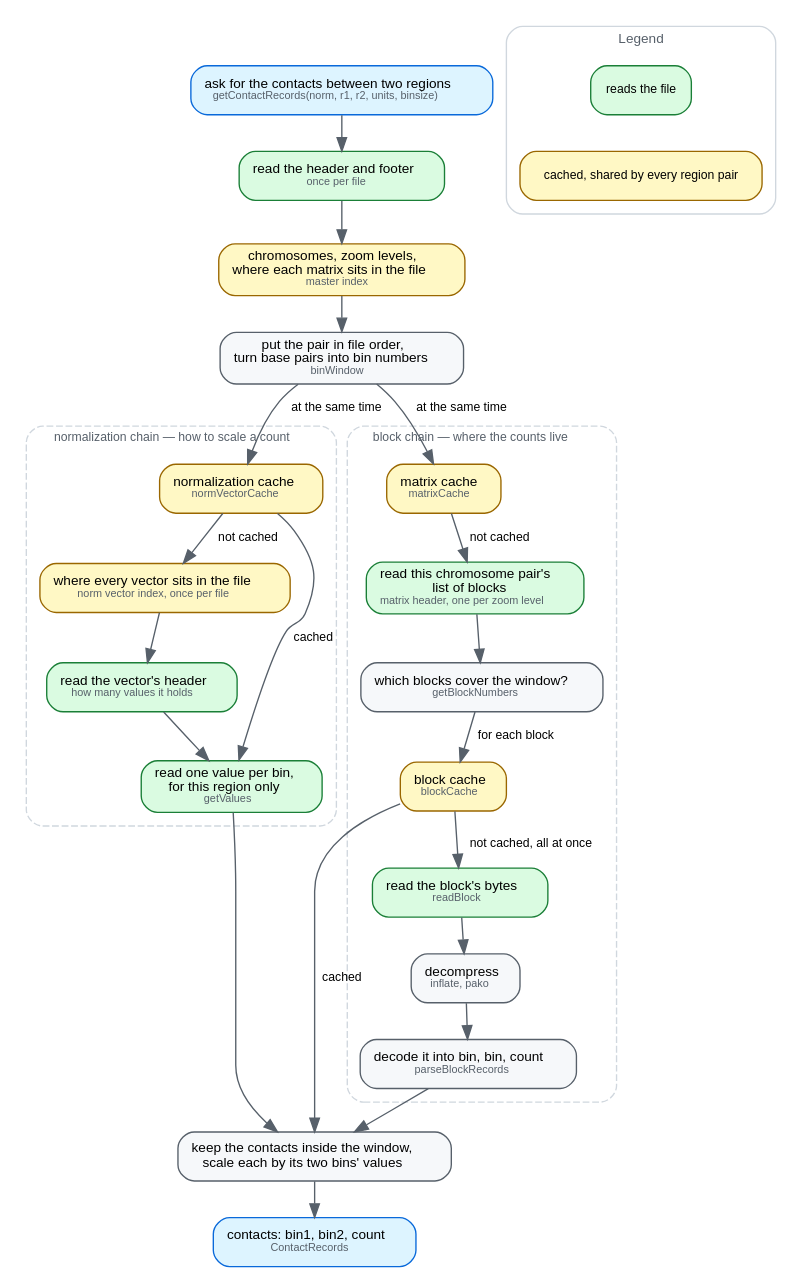
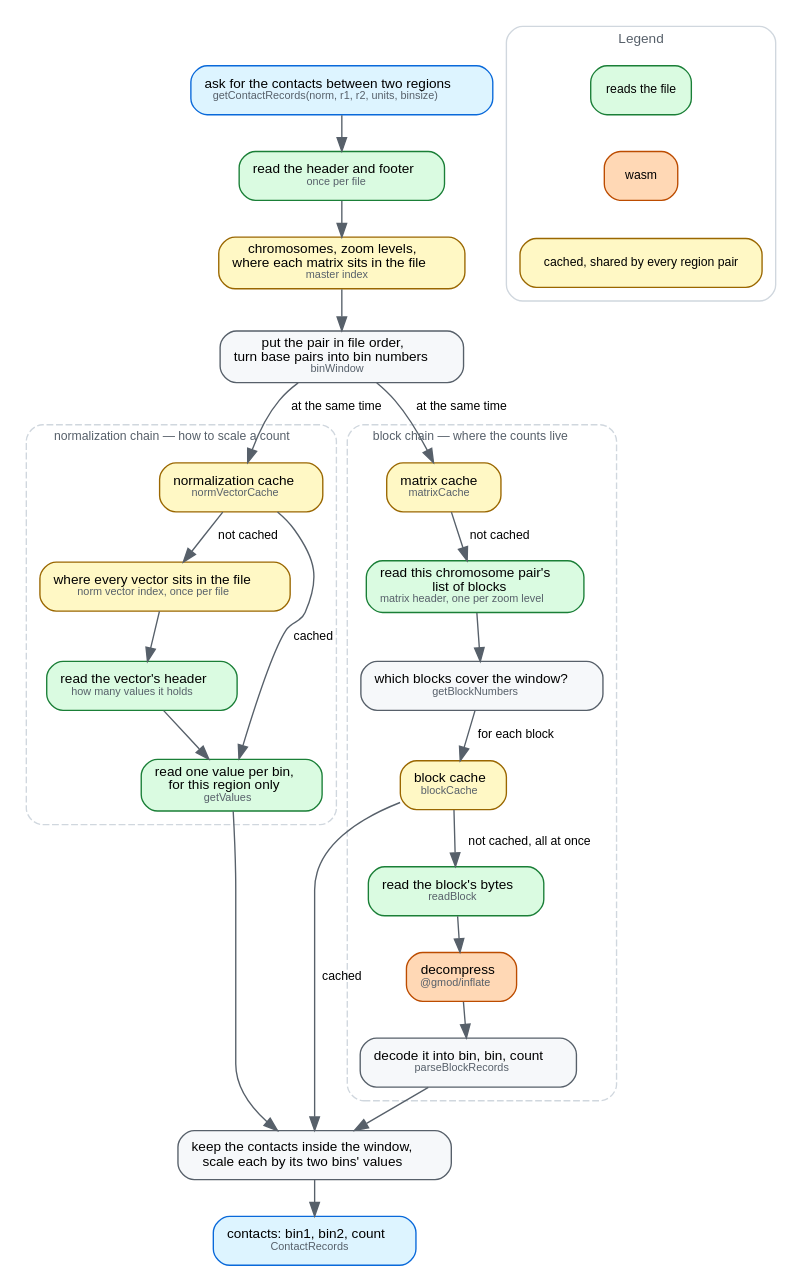
Before and after one commit to GMOD/hic: the diagram in docs/img/dataflow.dot, drawn with Graphviz. The commit also changed 7 other files, not shown here.

First line of the commit message:
feat: inflate blocks through @gmod/inflate instead of pako

```diff
--- a/docs/img/dataflow.dot
+++ b/docs/img/dataflow.dot
@@ -1,124 +1,125 @@
 // Source for docs/img/dataflow.svg, which docs/dataflow.md embeds.
 // Regenerate with: dot -Tsvg docs/img/dataflow.dot -o docs/img/dataflow.svg
 //
 // Deliberately the MAIN PATH only — the pre-v9 walk for the norm vector index,
 // the per-vector value cache and the block encodings are described in
 // dataflow.md instead. A diagram that shows every branch stops being the thing
 // you look at first.
 //
 // Every label says what the step DOES first and names the code second, in the
 // small grey line under it. The audience arriving at a dataflow picture is
 // usually meeting `.hic` vocabulary for the first time — matrix, block, vector —
 // and a spine of bare function names asks them to know the code before the
 // picture can teach them anything. dataflow.md defines those three words just
 // above the diagram.
 //
 // SYNC: ~/src/gmod/bam-js/docs/img/dataflow.dot — same palette and spine;
 // ~/src/gmod/tabix-js and ~/src/gmod/cram-js share them too. Three deliberate
 // divergences: the two-line labels above (the siblings label with the function
-// name alone), and two legend entries missing rather than restyled, because hic
-// has neither — no orange, since blocks inflate through pako in JS, and no
-// purple, since there is no worker pool. The clusters are what hic adds — cram
+// name alone), and one legend entry missing rather than restyled: no purple,
+// since there is no worker pool. The clusters are what hic adds — cram
 // also uses one, but for what moves to a worker; here they are the two chains a
 // pair runs concurrently, which is the shape of the read path.
 digraph hicjs {
   rankdir=TB
   newrank=true
   bgcolor="white"
   nodesep=0.3
   ranksep=0.36
   node [shape=box style="filled,rounded" fillcolor="#f6f8fa" color="#57606a"
         fontname="Helvetica" fontsize=10 margin="0.14,0.07"]
   edge [color="#57606a" fontname="Helvetica" fontsize=9]
 
   query [label=<ask for the contacts between two regions<br/><font point-size="8" color="#57606a">getContactRecords(norm, r1, r2, units, binsize)</font>>
          fillcolor="#ddf4ff" color="#0969da"]
   init  [label=<read the header and footer<br/><font point-size="8" color="#57606a">once per file</font>>
          fillcolor="#dafbe1" color="#1a7f37"]
   meta  [label=<chromosomes, zoom levels,<br/>where each matrix sits in the file<br/><font point-size="8" color="#57606a">master index</font>>
          fillcolor="#fff8c5" color="#9a6700"]
   win   [label=<put the pair in file order,<br/>turn base pairs into bin numbers<br/><font point-size="8" color="#57606a">binWindow</font>>]
 
   subgraph cluster_norm {
     label="normalization chain — how to scale a count"
     labeljust="l"
     fontname="Helvetica" fontsize=9 fontcolor="#57606a" color="#d0d7de"
     style="rounded,dashed"
     margin=10
 
     nvcache [label=<normalization cache<br/><font point-size="8" color="#57606a">normVectorCache</font>>
              fillcolor="#fff8c5" color="#9a6700"]
     nvidx   [label=<where every vector sits in the file<br/><font point-size="8" color="#57606a">norm vector index, once per file</font>>
              fillcolor="#fff8c5" color="#9a6700"]
     nvhdr   [label=<read the vector's header<br/><font point-size="8" color="#57606a">how many values it holds</font>>
              fillcolor="#dafbe1" color="#1a7f37"]
     nvvals  [label=<read one value per bin,<br/>for this region only<br/><font point-size="8" color="#57606a">getValues</font>>
              fillcolor="#dafbe1" color="#1a7f37"]
   }
 
   subgraph cluster_blocks {
     label="block chain — where the counts live"
     labeljust="l"
     fontname="Helvetica" fontsize=9 fontcolor="#57606a" color="#d0d7de"
     style="rounded,dashed"
     margin=10
 
     matcache [label=<matrix cache<br/><font point-size="8" color="#57606a">matrixCache</font>>
               fillcolor="#fff8c5" color="#9a6700"]
     mathdr   [label=<read this chromosome pair's<br/>list of blocks<br/><font point-size="8" color="#57606a">matrix header, one per zoom level</font>>
               fillcolor="#dafbe1" color="#1a7f37"]
     blknums  [label=<which blocks cover the window?<br/><font point-size="8" color="#57606a">getBlockNumbers</font>>]
     blkcache [label=<block cache<br/><font point-size="8" color="#57606a">blockCache</font>>
               fillcolor="#fff8c5" color="#9a6700"]
     readblk  [label=<read the block's bytes<br/><font point-size="8" color="#57606a">readBlock</font>>
               fillcolor="#dafbe1" color="#1a7f37"]
-    unzip    [label=<decompress<br/><font point-size="8" color="#57606a">inflate, pako</font>>]
+    unzip    [label=<decompress<br/><font point-size="8" color="#57606a">@gmod/inflate</font>>
+              fillcolor="#ffd8b5" color="#bc4c00"]
     parse    [label=<decode it into bin, bin, count<br/><font point-size="8" color="#57606a">parseBlockRecords</font>>]
   }
 
   filter [label=<keep the contacts inside the window,<br/>scale each by its two bins' values>]
   out    [label=<contacts: bin1, bin2, count<br/><font point-size="8" color="#57606a">ContactRecords</font>>
           fillcolor="#ddf4ff" color="#0969da"]
 
   query -> init
   init  -> meta
   meta  -> win
 
   win -> nvcache  [label=" at the same time "]
   win -> matcache [label=" at the same time "]
   { rank=same; nvcache; matcache }
 
   nvcache -> nvidx [label=" not cached "]
   nvidx   -> nvhdr
   nvhdr   -> nvvals
   nvvals  -> filter
   // A hit returns the vector, not its values, so it still asks for the slice
   // this region needs — the vector's own ±1000-value cache usually answers.
   nvcache -> nvvals [label=" cached "]
 
   matcache -> mathdr [label=" not cached "]
   mathdr   -> blknums
   blknums  -> blkcache [label=" for each block "]
   blkcache -> readblk [label=" not cached, all at once "]
   readblk  -> unzip
   unzip    -> parse
   parse    -> filter
   blkcache -> filter [label=" cached "]
 
   filter -> out
 
   subgraph cluster_legend {
     label="Legend"
     labelloc="t"
     fontname="Helvetica"
     fontsize=10
     fontcolor="#57606a"
     color="#d0d7de"
     style="rounded"
     margin=10
     node [shape=box style="filled,rounded" fontsize=9 margin="0.1,0.04"]
     l1 [label="reads the file" fillcolor="#dafbe1" color="#1a7f37"]
-    l2 [label="cached, shared by every region pair" fillcolor="#fff8c5" color="#9a6700"]
-    l1 -> l2 [style=invis]
+    l2 [label="wasm" fillcolor="#ffd8b5" color="#bc4c00"]
+    l3 [label="cached, shared by every region pair" fillcolor="#fff8c5" color="#9a6700"]
+    l1 -> l2 -> l3 [style=invis]
   }
 }
```
